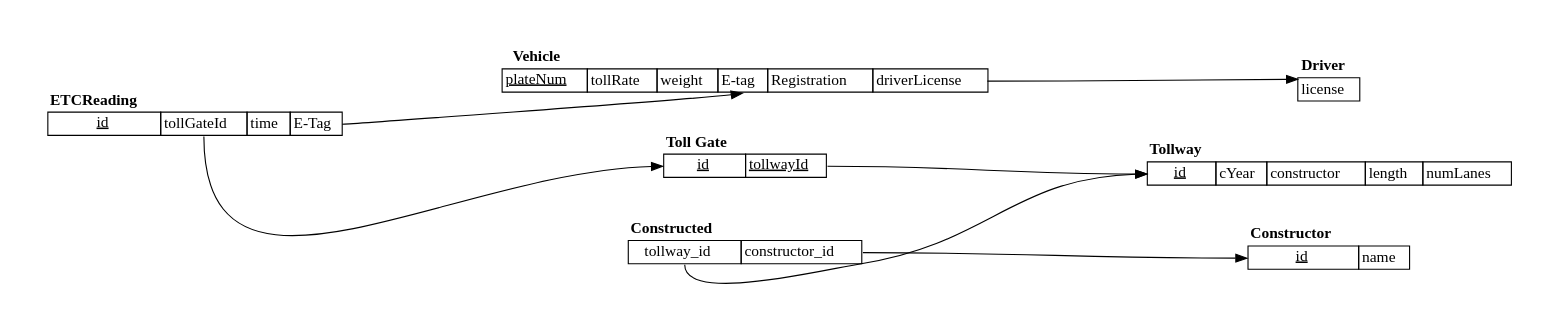
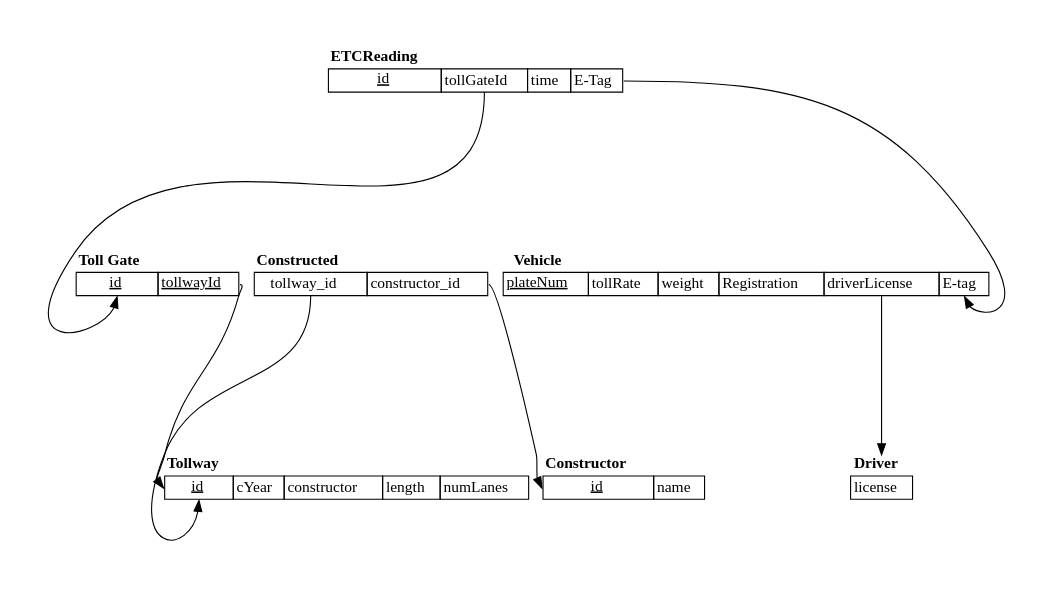
Before and after one commit to Briaoeuidhtns/PA1: the diagram in Documents/schema.dot, drawn with Graphviz.

Commit message:
made graphs rankdir=TB

```diff
--- a/Documents/schema.dot
+++ b/Documents/schema.dot
@@ -1,84 +1,84 @@
 digraph {
-    graph [pad="0.5", nodesep="0.5", ranksep="2"];
+    graph [pad="0.5", nodesep=".2", ranksep="2"];
     node [shape=plain]
-    rankdir=LR;
+    rankdir=TB;
 
-tollway [label=<
+tollway [rank=1 label=<
 <table border="0" cellborder="1" cellspacing="0">
   <tr><td BORDER="0"><b>Tollway</b></td></tr>
   <tr>
     <td port="id"><u>id</u></td>
     <td>cYear</td>
     <td>constructor</td>
     <td>length</td>
     <td>numLanes</td>
   </tr>
 </table>>];
 toll_gate:tw_id -> tollway:id
 
-toll_gate [label=<
+toll_gate [rank=2 label=<
 <table border="0" cellborder="1" cellspacing="0">
   <tr><td BORDER="0"><b>Toll Gate</b></td></tr>
   <tr>
     <td port="id"><u>id</u></td>
     <td port="tw_id"><u>tollwayId</u></td>
   </tr>
 </table>>];
 
-etc_reading [label=<
+etc_reading [rank=3 label=<
 <table border="0" cellborder="1" cellspacing="0">
   <tr><td BORDER="0"><b>ETCReading</b></td></tr>
   <tr>
     <td port="id"><u>id</u></td>
     <td port="tg_id">tollGateId</td>
     <td>time</td>
     <td port="tag">E-Tag</td>
   </tr>
 </table>>];
 etc_reading:tag -> vehicle:tag
 etc_reading:tg_id -> toll_gate:id
 
-constructor [label=<
+constructor [rank=4 label=<
 <table border="0" cellborder="1" cellspacing="0">
   <tr><td BORDER="0"><b>Constructor</b></td></tr>
   <tr>
     <td port="id"><u>id</u></td>
     <td>name</td>
   </tr>
 </table>>];
 
-constructed [label=<
+constructed [rank=5 label=<
 <table border="0" cellborder="1" cellspacing="0">
   <tr><td BORDER="0"><b>Constructed</b></td></tr>
   <tr>
     <td port="tw">tollway_id</td>
     <td port="cons">constructor_id</td>
   </tr>
 </table>>];
 constructed:cons -> constructor:id
 constructed:tw -> tollway:id
 
-vehicle [label=<
+vehicle [rank=6 label=<
 <table border="0" cellborder="1" cellspacing="0">
   <tr><td BORDER="0"><b>Vehicle</b></td></tr>
   <tr>
     <td><u>plateNum</u></td>
     <td>tollRate</td>
     <td>weight</td>
-    <td port="tag">E-tag</td>
     <td>Registration</td>
     <td port="dr_id">driverLicense</td>
+    <td port="tag">E-tag</td>
   </tr>
 </table>>];
 vehicle:dr_id -> driver:license
 
 
-driver [label=<
+driver [rank=7 label=<
 <table border="0" cellborder="1" cellspacing="0">
   <tr><td BORDER="0"><b>Driver</b></td></tr>
   <tr>
     <td port="id">license</td>
   </tr>
 </table>>];
 
 }
```
